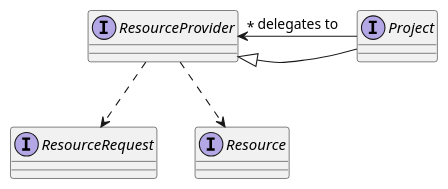
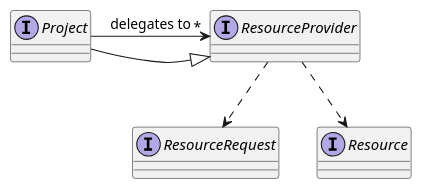
Before and after one commit to mnlipp/JDrupes-Builder: the first of 5 diagrams in overview.md, drawn with PlantUML. The commit also changed other lines of this file and 2 other files, not shown here.

```diff
--- a/overview.md
+++ b/overview.md
@@ -9,10 +10,10 @@
 @startuml project-provider-classes.svg
 interface ResourceProvider
 interface ResourceRequest
 interface Resource
 interface Project
-ResourceProvider <|-right- Project : "     "
+ResourceProvider <|-left- Project : "     "
 Project --> "*" ResourceProvider : delegates to
 ResourceProvider .down.> Resource
-ResourceProvider .down.> ResourceRequest  
+ResourceProvider .down.> ResourceRequest
 @enduml
```
